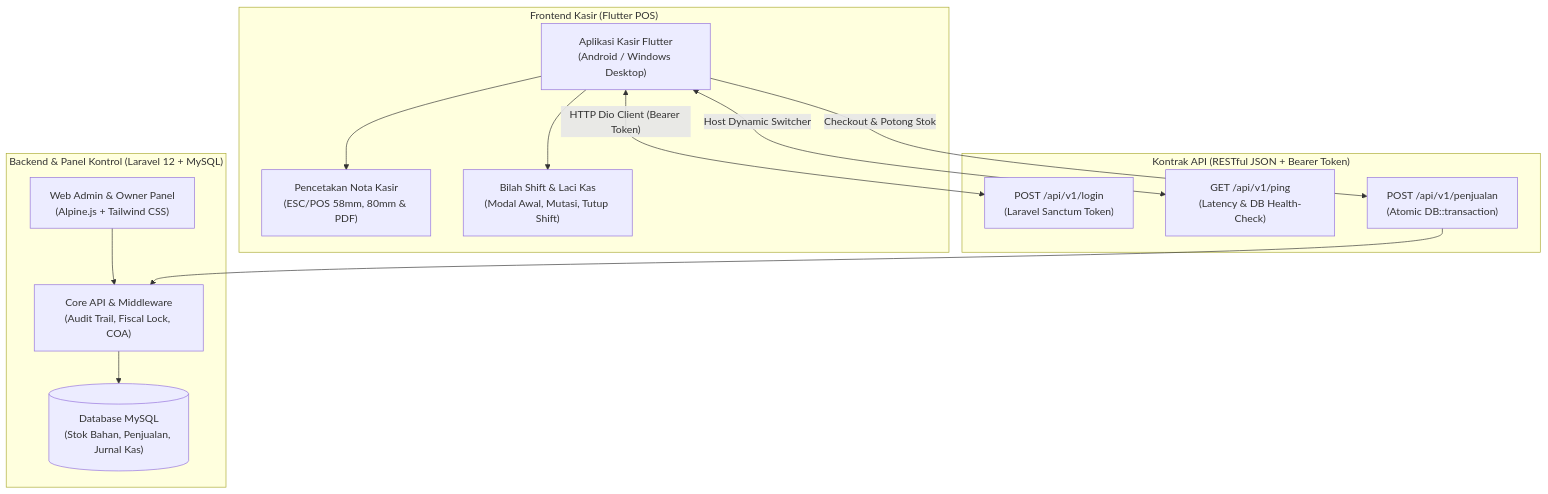
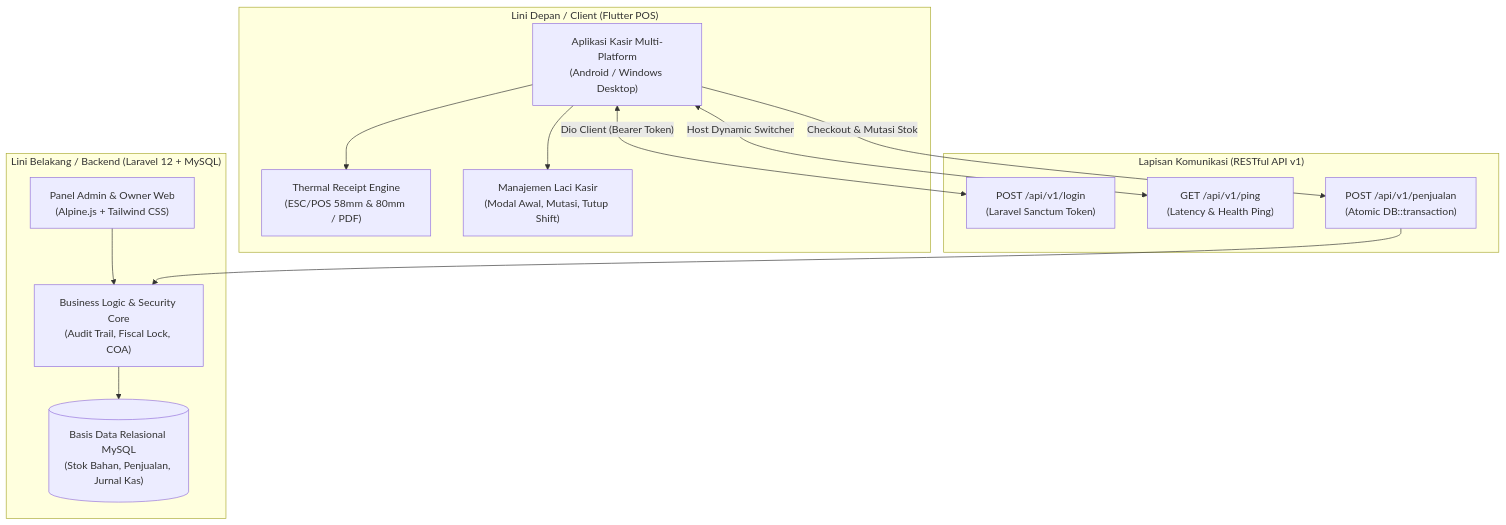
One commit to yehudaaadev/sistem-keuangan-fullstack changed the diagram in README.md. Above: the diagram before and after it, drawn with Mermaid. The commit also changed other lines of this file and 1 other file, not shown here.

````diff
--- a/README.md
+++ b/README.md
@@ -11,29 +18,29 @@
 ```mermaid
 flowchart TD
-    subgraph Frontend["Frontend Kasir (Flutter POS)"]
-        FlutterApp["Aplikasi Kasir Flutter\n(Android / Windows Desktop)"]
-        ThermalPrint["Pencetakan Nota Kasir\n(ESC/POS 58mm, 80mm & PDF)"]
-        LocalShift["Bilah Shift & Laci Kas\n(Modal Awal, Mutasi, Tutup Shift)"]
-        FlutterApp --> ThermalPrint
-        FlutterApp --> LocalShift
+    subgraph ClientLayer["Lini Depan / Client (Flutter POS)"]
+        POS["Aplikasi Kasir Multi-Platform\n(Android / Windows Desktop)"]
+        Thermal["Thermal Receipt Engine\n(ESC/POS 58mm & 80mm / PDF)"]
+        ShiftClient["Manajemen Laci Kasir\n(Modal Awal, Mutasi, Tutup Shift)"]
+        POS --> Thermal
+        POS --> ShiftClient
     end
 
-    subgraph API["Kontrak API (RESTful JSON + Bearer Token)"]
-        AuthRoute["POST /api/v1/login\n(Laravel Sanctum Token)"]
-        PingRoute["GET /api/v1/ping\n(Latency & DB Health-Check)"]
-        SyncRoute["POST /api/v1/penjualan\n(Atomic DB::transaction)"]
+    subgraph TransportLayer["Lapisan Komunikasi (RESTful API v1)"]
+        AuthEndpoint["POST /api/v1/login\n(Laravel Sanctum Token)"]
+        PingEndpoint["GET /api/v1/ping\n(Latency & Health Ping)"]
+        TrxEndpoint["POST /api/v1/penjualan\n(Atomic DB::transaction)"]
     end
 
-    subgraph Backend["Backend & Panel Kontrol (Laravel 12 + MySQL)"]
-        LaravelCore["Core API & Middleware\n(Audit Trail, Fiscal Lock, COA)"]
-        MySQL[("Database MySQL\n(Stok Bahan, Penjualan, Jurnal Kas)")]
-        WebAdmin["Web Admin & Owner Panel\n(Alpine.js + Tailwind CSS)"]
-        LaravelCore --> MySQL
-        WebAdmin --> LaravelCore
+    subgraph ServerLayer["Lini Belakang / Backend (Laravel 12 + MySQL)"]
+        CoreAPI["Business Logic & Security Core\n(Audit Trail, Fiscal Lock, COA)"]
+        DB[("Basis Data Relasional MySQL\n(Stok Bahan, Penjualan, Jurnal Kas)")]
+        WebPanel["Panel Admin & Owner Web\n(Alpine.js + Tailwind CSS)"]
+        CoreAPI --> DB
+        WebPanel --> CoreAPI
     end
 
-    FlutterApp <-->|"HTTP Dio Client (Bearer Token)"| AuthRoute
-    FlutterApp <-->|"Host Dynamic Switcher"| PingRoute
-    FlutterApp -->|"Checkout & Potong Stok"| SyncRoute
-    SyncRoute --> LaravelCore
+    POS <-->|"Dio Client (Bearer Token)"| AuthEndpoint
+    POS <-->|"Host Dynamic Switcher"| PingEndpoint
+    POS -->|"Checkout & Mutasi Stok"| TrxEndpoint
+    TrxEndpoint --> CoreAPI
 ```
````
